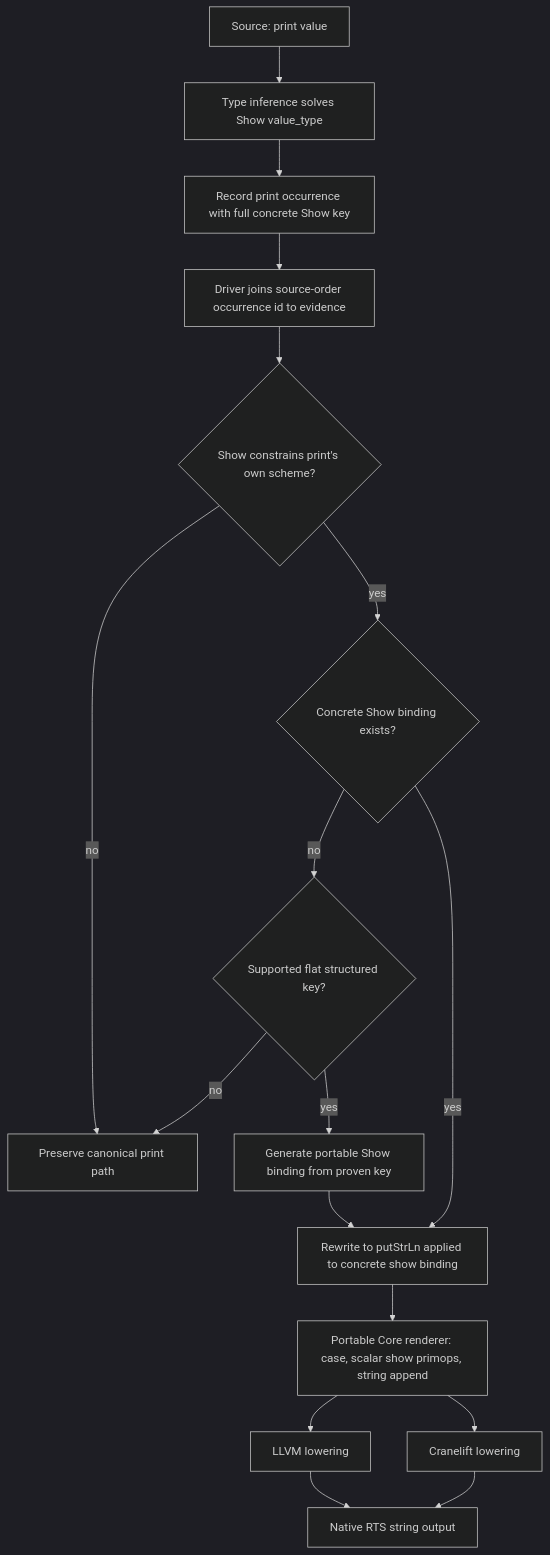
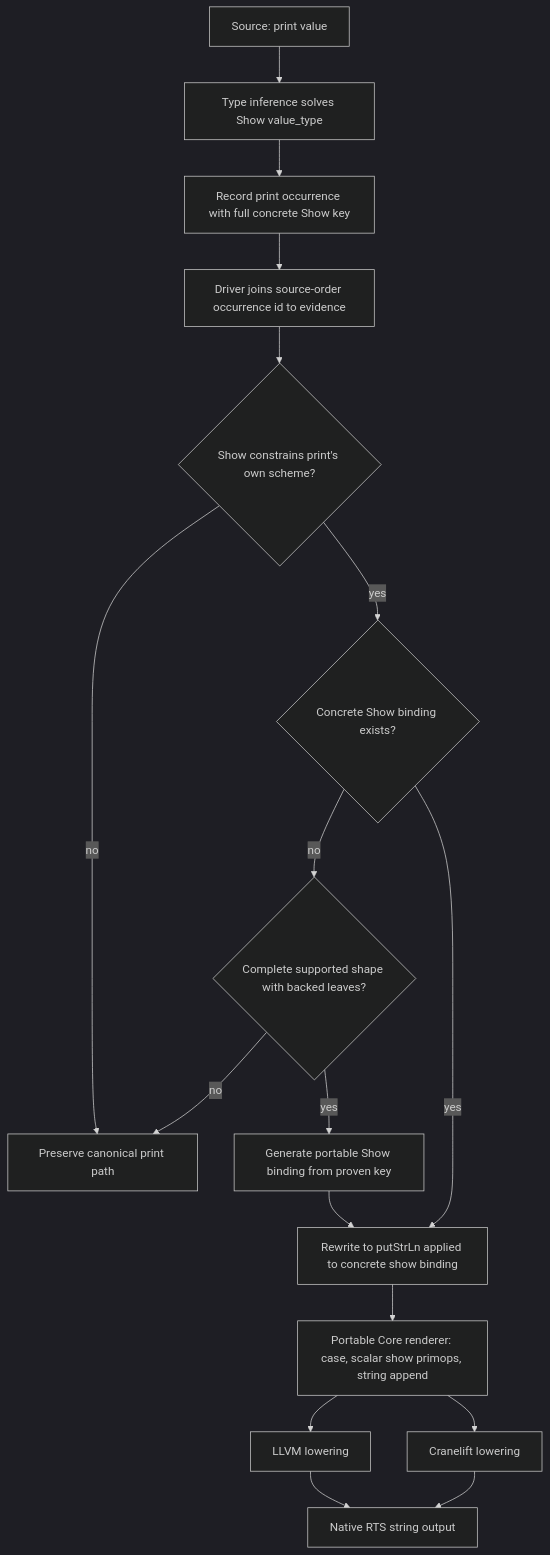
One commit to loveJesus/haskelujah-chirho changed the diagram in spec-chirho/workflows-chirho/print-show-evidence-chirho.md. Above: the diagram before and after it, drawn with Mermaid (dark theme). The commit also changed other lines of this file and 31 other files, not shown here.

````diff
--- a/spec-chirho/workflows-chirho/print-show-evidence-chirho.md
+++ b/spec-chirho/workflows-chirho/print-show-evidence-chirho.md
@@ -10,19 +10,19 @@
 ```mermaid
 flowchart TD
     source_chirho[Source: print value] --> infer_chirho[Type inference solves Show value_type]
     infer_chirho --> occurrence_chirho[Record print occurrence with full concrete Show key]
     occurrence_chirho --> join_chirho[Driver joins source-order occurrence id to evidence]
     join_chirho --> validate_chirho{Show constrains print's own scheme?}
     validate_chirho -->|no| fallback_chirho[Preserve canonical print path]
     validate_chirho -->|yes| instance_chirho{Concrete Show binding exists?}
-    instance_chirho -->|no| materialize_chirho{Supported flat structured key?}
+    instance_chirho -->|no| materialize_chirho{Complete supported shape with backed leaves?}
     materialize_chirho -->|no| fallback_chirho
     materialize_chirho -->|yes| generate_chirho[Generate portable Show binding from proven key]
     generate_chirho --> rewrite_chirho
     instance_chirho -->|yes| rewrite_chirho[Rewrite to putStrLn applied to concrete show binding]
     rewrite_chirho --> core_show_chirho[Portable Core renderer: case, scalar show primops, string append]
     core_show_chirho --> llvm_chirho[LLVM lowering]
     core_show_chirho --> cranelift_chirho[Cranelift lowering]
     llvm_chirho --> rts_chirho[Native RTS string output]
     cranelift_chirho --> rts_chirho
 ```
````
